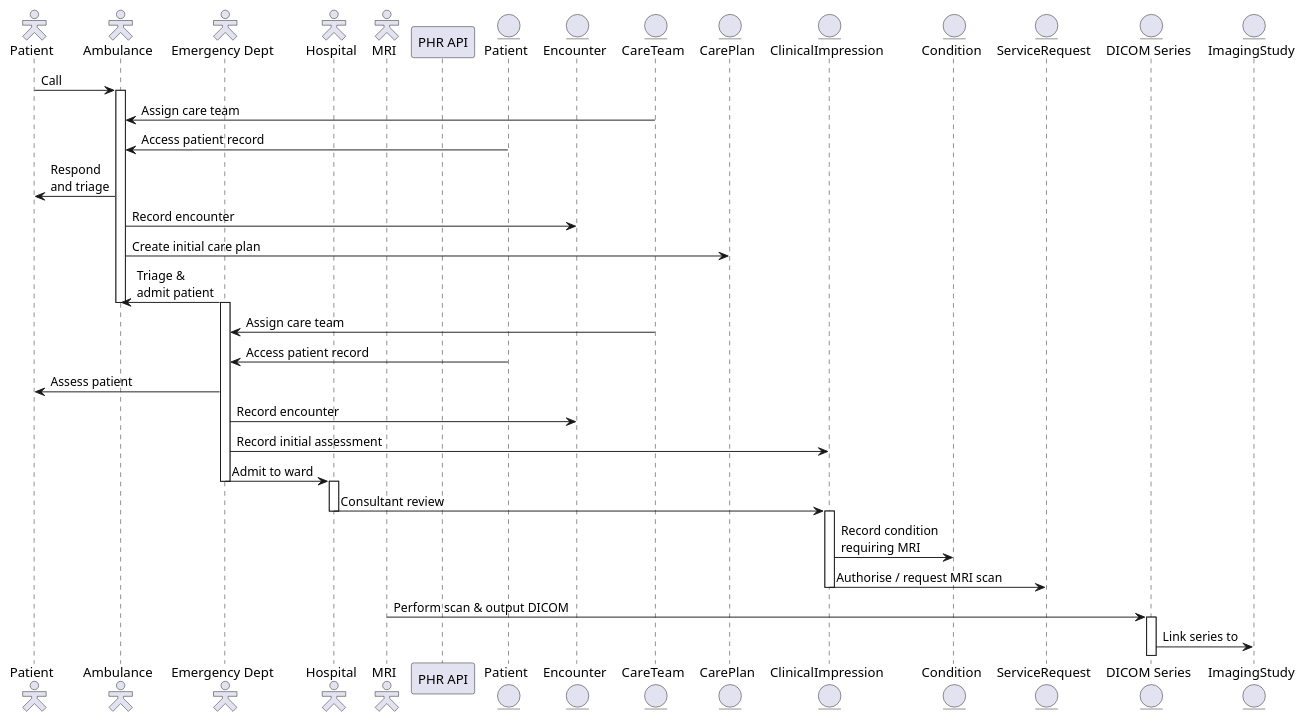
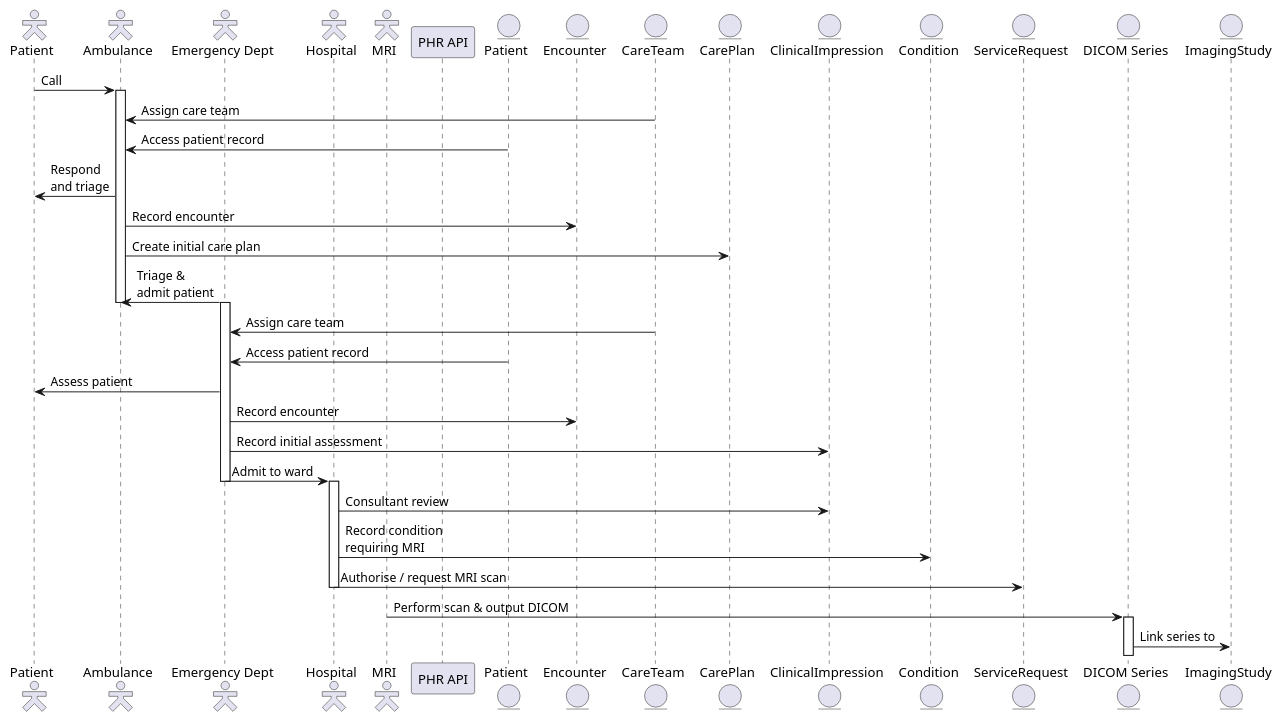
One commit to declankieran/dk-hl7eu-imaging changed the diagram in input/images-source/use-cases-XtEHR-UC1-mri-seq.plantuml. Above: the diagram before and after it, drawn with PlantUML. The commit also changed 9 other files, not shown here.

```diff
--- a/input/images-source/use-cases-XtEHR-UC1-mri-seq.plantuml
+++ b/input/images-source/use-cases-XtEHR-UC1-mri-seq.plantuml
@@ -1,57 +1,55 @@
 @startuml
 
 skinparam actorStyle hollow
 
 actor        "Patient"                      as patient
 actor        "Ambulance"                    as ambulance
 actor        "Emergency Dept"         as emergency_dept
 actor        "Hospital"                     as hospital
 actor        "MRI"                          as mri
 participant  "PHR API"                      as api
 entity       "Patient"                      as patient_entity
 entity       "Encounter"                    as encounter
 entity       "CareTeam"                     as careteam
 entity       "CarePlan"                     as careplan
 entity       "ClinicalImpression"           as clinical_impression
 entity       "Condition"                    as condition
 'leaving out any details of tasks or orchestration needs
 entity       "ServiceRequest"               as servicerequest
 entity       "DICOM Series"                 as dicomseries
 entity       "ImagingStudy"                 as imagingstudy
 
 
 patient -> ambulance : Call
 'Not including patient indexing details or other data here for brevity
 activate ambulance
 'Emergency response team
 ambulance <- careteam : Assign care team
 ambulance <- patient_entity : Access patient record
 ambulance -> patient : Respond\nand triage
 ambulance -> encounter : Record encounter
 ambulance -> careplan : Create initial care plan
 
 emergency_dept -> ambulance : Triage &\nadmit patient
 deactivate ambulance
 activate emergency_dept
 'CareTeam of registrars, consultants etc.
 emergency_dept <- careteam : Assign care team
 emergency_dept <- patient_entity : Access patient record
 emergency_dept -> patient : Assess patient
 emergency_dept -> encounter : Record encounter
 emergency_dept -> clinical_impression : Record initial assessment
 emergency_dept -> hospital : Admit to ward
 deactivate emergency_dept
 
 activate hospital
 hospital -> clinical_impression : Consultant review
+hospital -> condition : Record condition\nrequiring MRI
+hospital -> servicerequest : Authorise / request MRI scan
 deactivate hospital
-activate clinical_impression
-clinical_impression -> condition : Record condition\nrequiring MRI
-clinical_impression -> servicerequest : Authorise / request MRI scan
-deactivate clinical_impression
 
 mri -> dicomseries : Perform scan & output DICOM
 activate dicomseries
 dicomseries -> imagingstudy : Link series to
 
 @enduml
```
